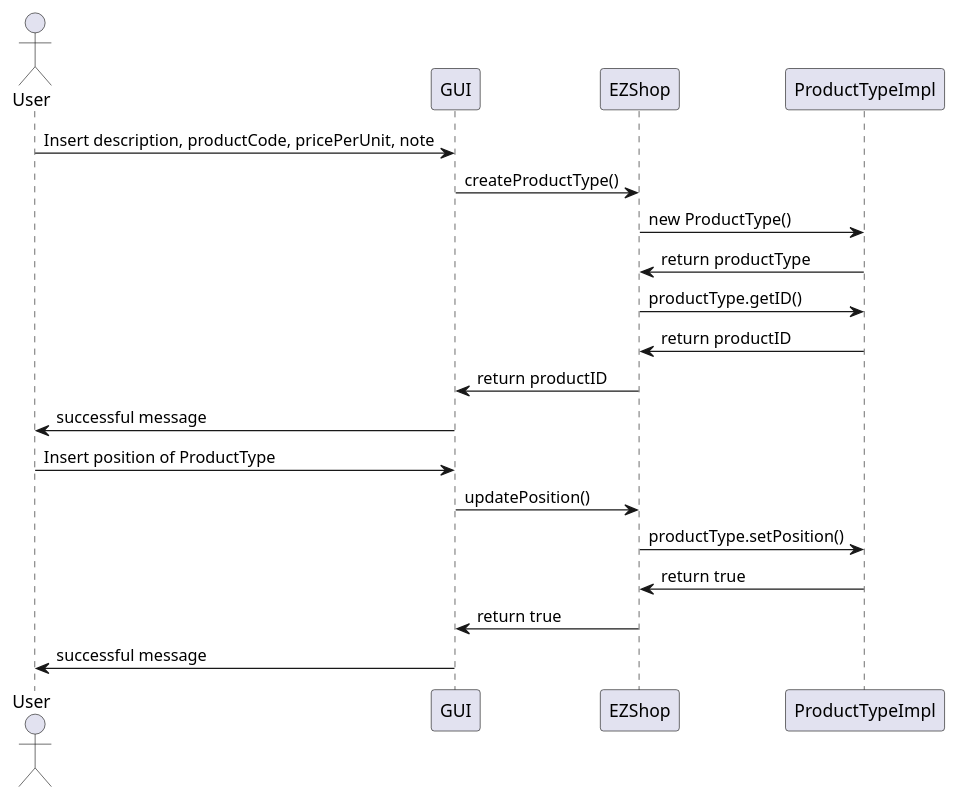
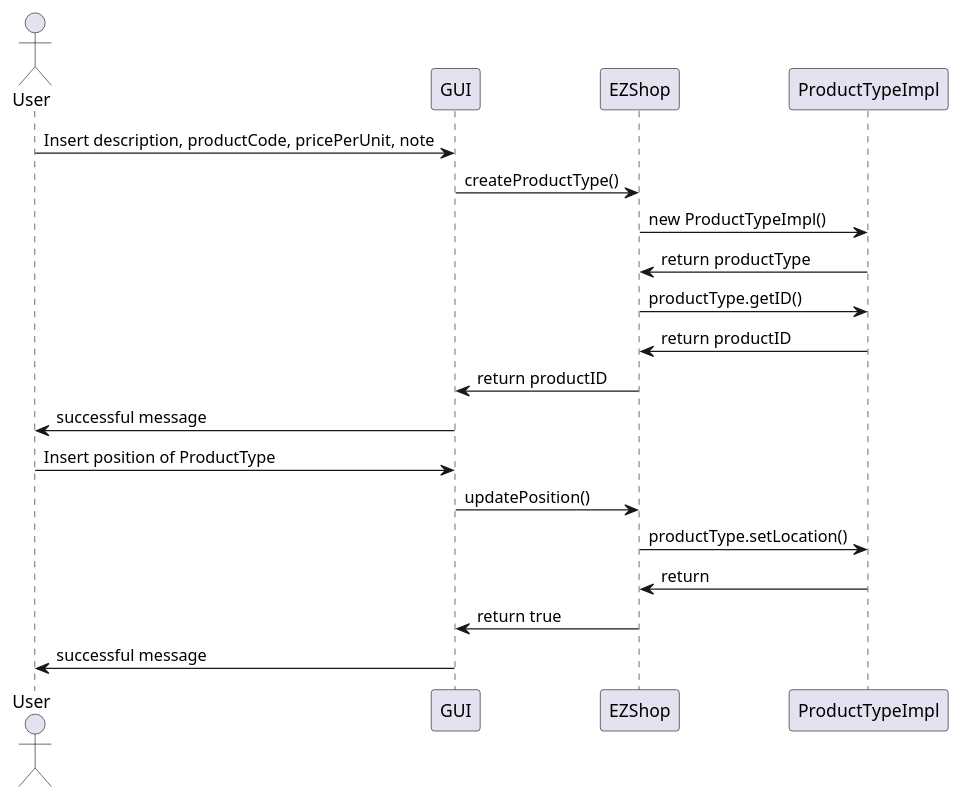
Before and after one commit to ThePiromaximus/ezshop: the fifth of 19 diagrams in Deliverables/DesignDocument.md, drawn with PlantUML. The commit also changed other lines of this file, not shown here.

````diff
--- a/Deliverables/DesignDocument.md
+++ b/Deliverables/DesignDocument.md
@@ -305,19 +305,19 @@
 ```plantuml
 @startuml
 actor User
 User -> GUI: Insert description, productCode, pricePerUnit, note
 GUI -> EZShop: createProductType()
-EZShop -> ProductTypeImpl: new ProductType()
+EZShop -> ProductTypeImpl: new ProductTypeImpl()
 EZShop <- ProductTypeImpl: return productType
 EZShop -> ProductTypeImpl: productType.getID()
 EZShop <- ProductTypeImpl: return productID
 GUI <- EZShop: return productID
 User <- GUI: successful message
 User -> GUI: Insert position of ProductType
 GUI -> EZShop: updatePosition()
-EZShop -> ProductTypeImpl: productType.setPosition()
-EZShop <- ProductTypeImpl: return true
+EZShop -> ProductTypeImpl: productType.setLocation()
+EZShop <- ProductTypeImpl: return
 GUI <- EZShop: return true
 User <- GUI: successful message
 @enduml
 ```
````
